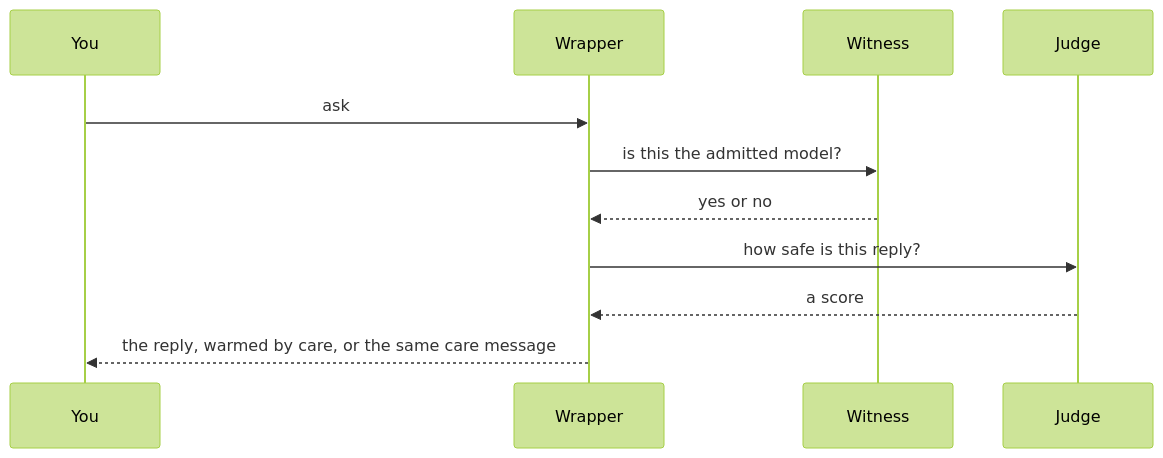
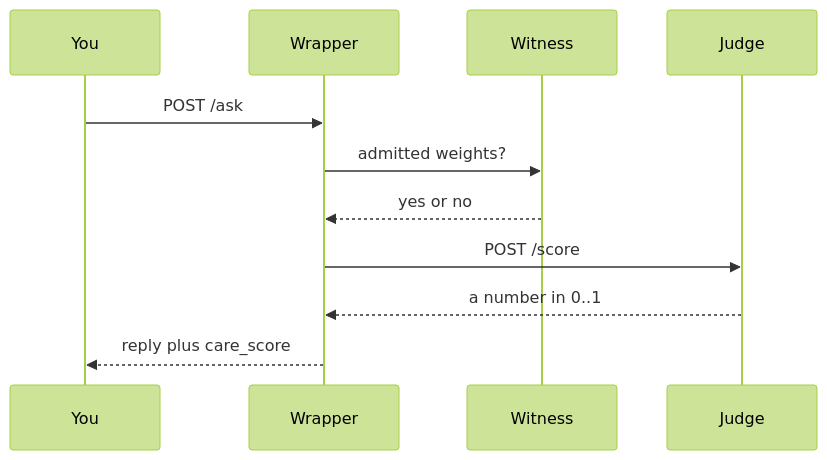
One commit to RogerWillko/witness-ledger changed the first of 2 diagrams in README.md. Above: the diagram before and after it, drawn with Mermaid (forest theme). The commit also changed other lines of this file and 3 other files, not shown here.

First line of the commit message:
Align README with production: V2, lexical Docker, care_score, reentry table.

````diff
--- a/README.md
+++ b/README.md
@@ -16,9 +16,9 @@
 ```mermaid
 sequenceDiagram
-  You->>Wrapper: ask
-  Wrapper->>Witness: is this the admitted model?
+  You->>Wrapper: POST /ask
+  Wrapper->>Witness: admitted weights?
   Witness-->>Wrapper: yes or no
-  Wrapper->>Judge: how safe is this reply?
-  Judge-->>Wrapper: a score
-  Wrapper-->>You: the reply, warmed by care, or the same care message
+  Wrapper->>Judge: POST /score
+  Judge-->>Wrapper: a number in 0..1
+  Wrapper-->>You: reply plus care_score
 ```
````
